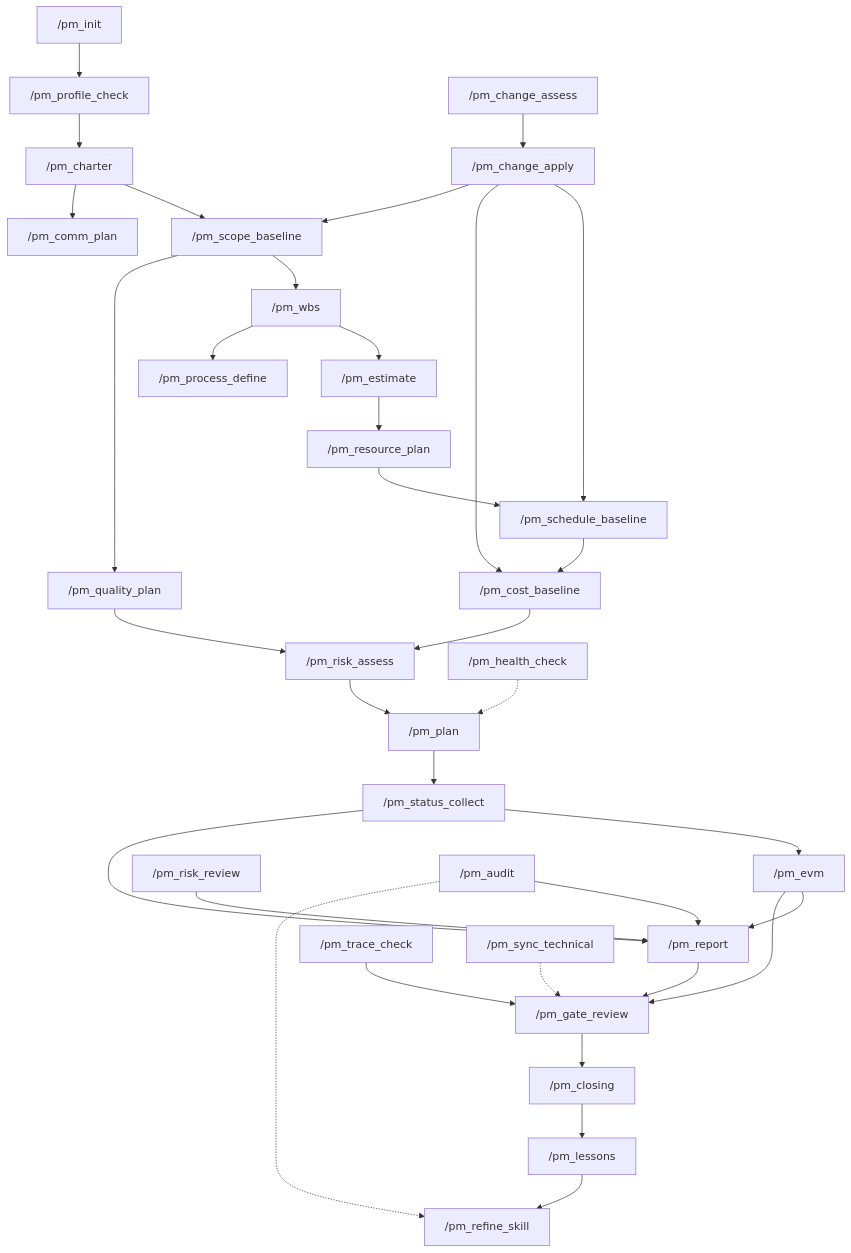
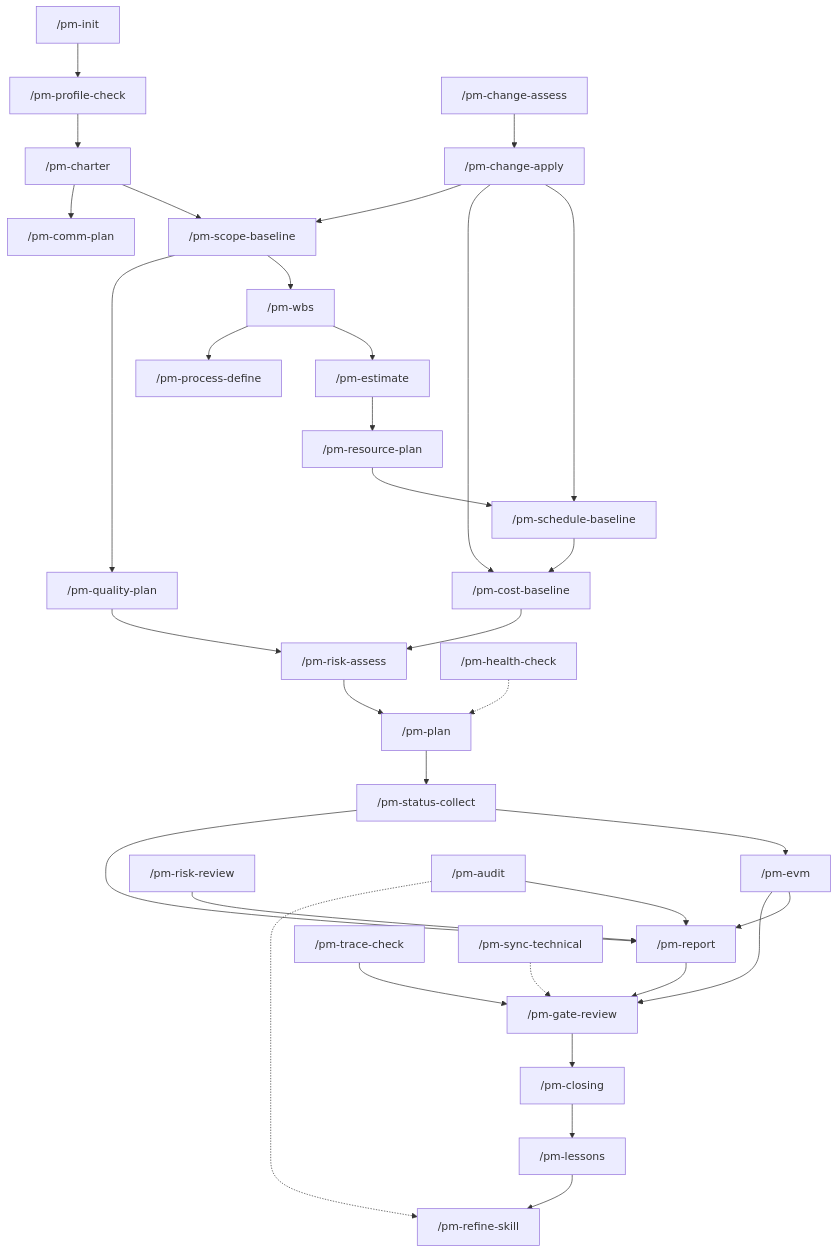
The diagram in pm-standard/COMMAND-FLOW.md (kaitondt/ai-pack), drawn with Mermaid before and after one commit. The commit also changed other lines of this file and 1887 other files, not shown here.

````diff
--- a/pm-standard/COMMAND-FLOW.md
+++ b/pm-standard/COMMAND-FLOW.md
@@ -71,36 +71,36 @@
 ```mermaid
 flowchart TD
-  INIT["/pm_init"] --> PC["/pm_profile_check"]
-  PC --> CH["/pm_charter"]
-  CH --> SC["/pm_scope_baseline"]
-  SC --> WBS["/pm_wbs"]
-  WBS --> EST["/pm_estimate"]
-  EST --> RES["/pm_resource_plan"]
-  RES --> SCH["/pm_schedule_baseline"]
-  SCH --> COST["/pm_cost_baseline"]
-  SC --> QP["/pm_quality_plan"]
-  WBS --> PRD["/pm_process_define"]
-  CH --> CP["/pm_comm_plan"]
-  COST --> RA["/pm_risk_assess"]
+  INIT["/pm-init"] --> PC["/pm-profile-check"]
+  PC --> CH["/pm-charter"]
+  CH --> SC["/pm-scope-baseline"]
+  SC --> WBS["/pm-wbs"]
+  WBS --> EST["/pm-estimate"]
+  EST --> RES["/pm-resource-plan"]
+  RES --> SCH["/pm-schedule-baseline"]
+  SCH --> COST["/pm-cost-baseline"]
+  SC --> QP["/pm-quality-plan"]
+  WBS --> PRD["/pm-process-define"]
+  CH --> CP["/pm-comm-plan"]
+  COST --> RA["/pm-risk-assess"]
   QP --> RA
-  RA --> PMP["/pm_plan"]
-  PMP --> SCOL["/pm_status_collect"]
-  SCOL --> EVM["/pm_evm"]
-  EVM --> REP["/pm_report"]
+  RA --> PMP["/pm-plan"]
+  PMP --> SCOL["/pm-status-collect"]
+  SCOL --> EVM["/pm-evm"]
+  EVM --> REP["/pm-report"]
   SCOL --> REP
-  REP --> GATE["/pm_gate_review"]
+  REP --> GATE["/pm-gate-review"]
   EVM --> GATE
-  TC["/pm_trace_check"] --> GATE
-  RR["/pm_risk_review"] --> REP
-  AUD["/pm_audit"] --> REP
-  CA["/pm_change_assess"] --> CAP["/pm_change_apply"]
+  TC["/pm-trace-check"] --> GATE
+  RR["/pm-risk-review"] --> REP
+  AUD["/pm-audit"] --> REP
+  CA["/pm-change-assess"] --> CAP["/pm-change-apply"]
   CAP --> SCH
   CAP --> COST
   CAP --> SC
-  GATE --> CLO["/pm_closing"]
-  CLO --> LL["/pm_lessons"]
-  LL --> RS["/pm_refine_skill"]
+  GATE --> CLO["/pm-closing"]
+  CLO --> LL["/pm-lessons"]
+  LL --> RS["/pm-refine-skill"]
   AUD -.-> RS
-  SYNC["/pm_sync_technical"] -.-> GATE
-  HC["/pm_health_check"] -.-> PMP
+  SYNC["/pm-sync-technical"] -.-> GATE
+  HC["/pm-health-check"] -.-> PMP
 ```
````
